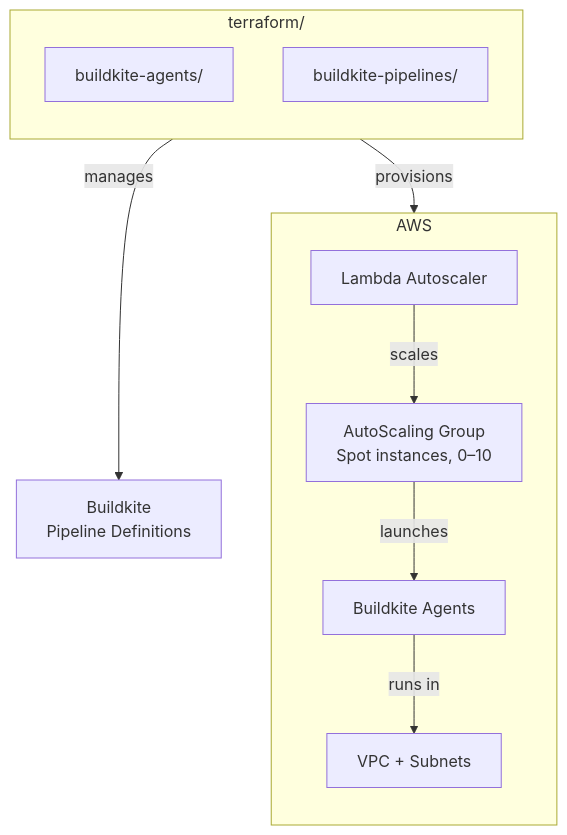
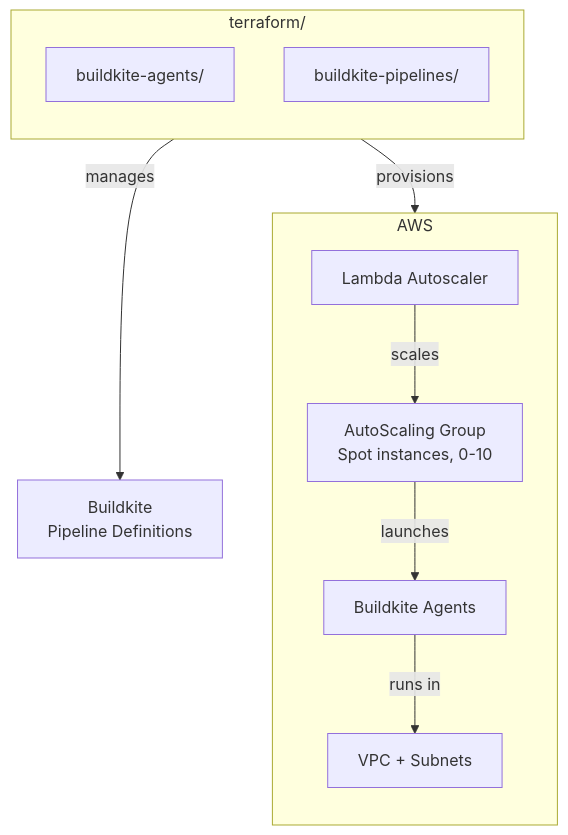
The diagram in terraform/README.md (mock-server/mockserver), drawn with Mermaid before and after one commit. The commit also changed 7 other files, not shown here.

````diff
--- a/terraform/README.md
+++ b/terraform/README.md
@@ -5,23 +5,26 @@
 ```mermaid
 graph TB
     subgraph "terraform/"
         direction TB
         BA["buildkite-agents/"]
         BP["buildkite-pipelines/"]
     end
 
-    BA -->|provisions| AWS["AWS eu-west-2<br/>Build Agent Account"]
-    BP -->|manages| BK["Buildkite<br/>Pipeline Definitions"]
+    BA -->|provisions| AWS["AWS eu-west-2
+Build Agent Account"]
+    BP -->|manages| BK["Buildkite
+Pipeline Definitions"]
 
     subgraph AWS
         direction TB
         VPC[VPC + Subnets]
-        ASG[AutoScaling Group<br/>Spot instances, 0–10]
+        ASG["AutoScaling Group
+Spot instances, 0-10"]
         SCALER[Lambda Autoscaler]
         AGENT[Buildkite Agents]
     end
 
     SCALER -->|scales| ASG
     ASG -->|launches| AGENT
     AGENT -->|runs in| VPC
 ```
````
